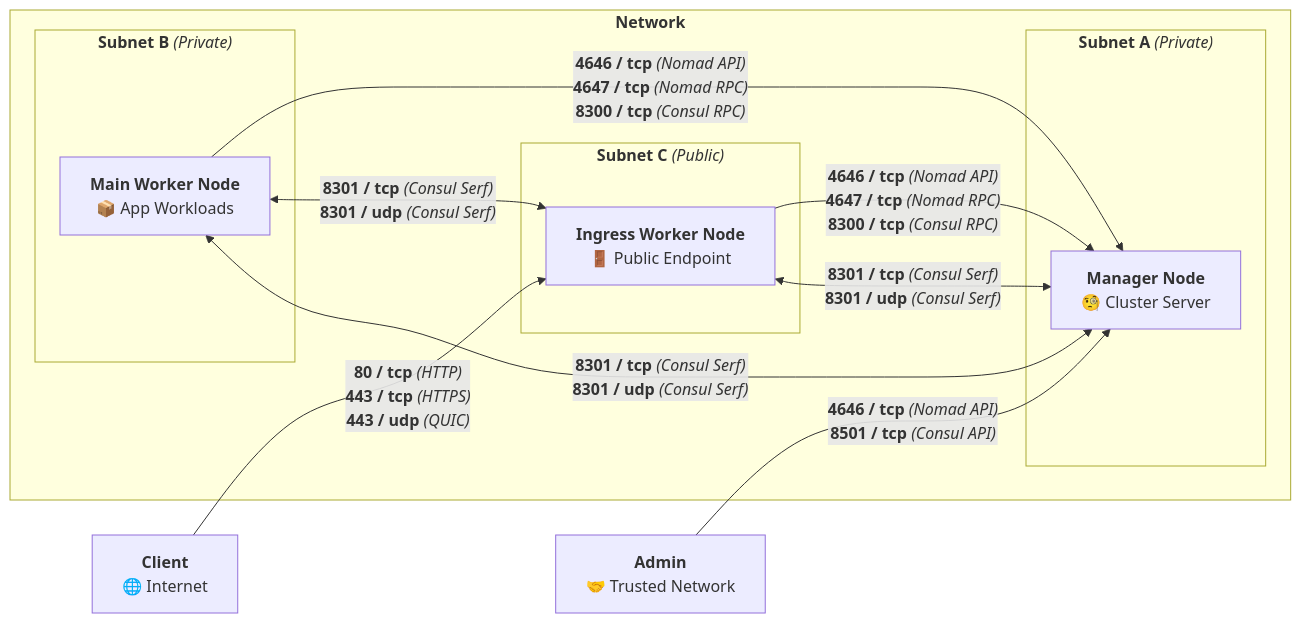
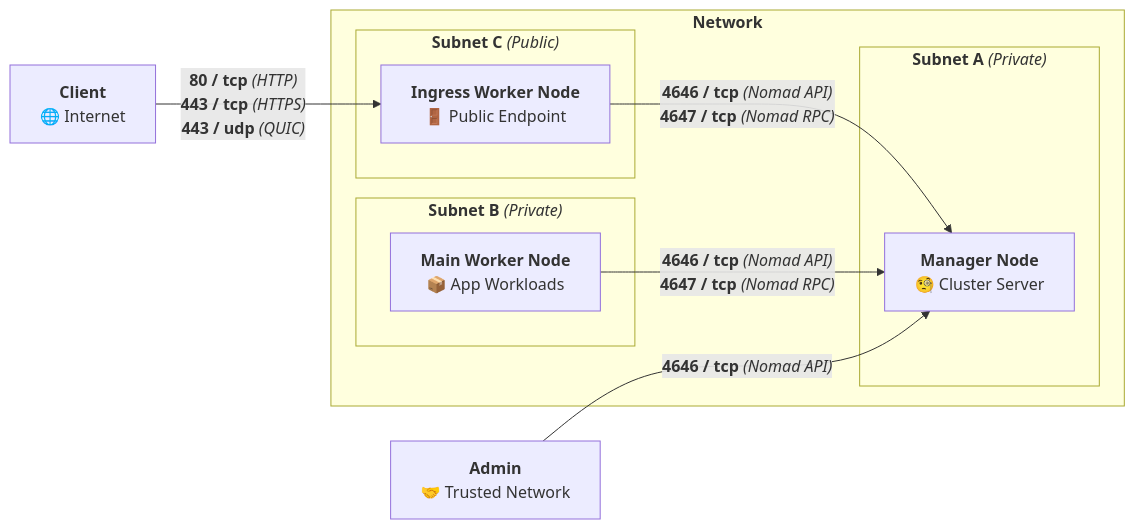
Before and after one commit to cloud-skeleton/prerequisites: the diagram in README.md, drawn with Mermaid.

Commit message:
updated diagram

````diff
--- a/README.md
+++ b/README.md
@@ -21,35 +21,29 @@
 ```mermaid
 graph LR
 
   external_client["<b>Client</b><br>🌐 Internet"]
 
   admin["<b>Admin</b><br>🤝 Trusted Network"]
 
   subgraph "<b>Network</b>"
     subgraph "<b>Subnet A</b> <i>(Private)</i>"
       manager["<b>Manager Node</b><br>🧐 Cluster Server"]
     end
 
     subgraph "<b>Subnet B</b> <i>(Private)</i>"
       worker["<b>Main Worker Node</b><br>📦 App Workloads"]
     end
 
     subgraph "<b>Subnet C</b> <i>(Public)</i>"
       ingress["<b>Ingress Worker Node</b><br>🚪 Public Endpoint"]
     end
   end
 
   external_client -->|"<b>80 / tcp</b> <i>(HTTP)</i><br><b>443 / tcp</b> <i>(HTTPS)</i><br><b>443 / udp</b> <i>(QUIC)</i>"| ingress
 
-  ingress -->|"<b>4646 / tcp</b> <i>(Nomad API)</i><br><b>4647 / tcp</b> <i>(Nomad RPC)</i><br><b>8300 / tcp</b> <i>(Consul RPC)</i>"| manager
+  ingress -->|"<b>4646 / tcp</b> <i>(Nomad API)</i><br><b>4647 / tcp</b> <i>(Nomad RPC)</i>"| manager
 
-  worker -->|"<b>4646 / tcp</b> <i>(Nomad API)</i><br><b>4647 / tcp</b> <i>(Nomad RPC)</i><br><b>8300 / tcp</b> <i>(Consul RPC)</i>"| manager
+  worker -->|"<b>4646 / tcp</b> <i>(Nomad API)</i><br><b>4647 / tcp</b> <i>(Nomad RPC)</i>"| manager
 
-  worker <-->|"<b>8301 / tcp</b> <i>(Consul Serf)</i><br><b>8301 / udp</b> <i>(Consul Serf)</i>"| ingress
-
-  worker <-->|"<b>8301 / tcp</b> <i>(Consul Serf)</i><br><b>8301 / udp</b> <i>(Consul Serf)</i>"| manager
-
-  ingress <-->|"<b>8301 / tcp</b> <i>(Consul Serf)</i><br><b>8301 / udp</b> <i>(Consul Serf)</i>"| manager
-
-  admin -->|"<b>4646 / tcp</b> <i>(Nomad API)</i><br><b>8501 / tcp</b> <i>(Consul API)</i>"| manager
+  admin -->|"<b>4646 / tcp</b> <i>(Nomad API)</i>"| manager
 ```
````
